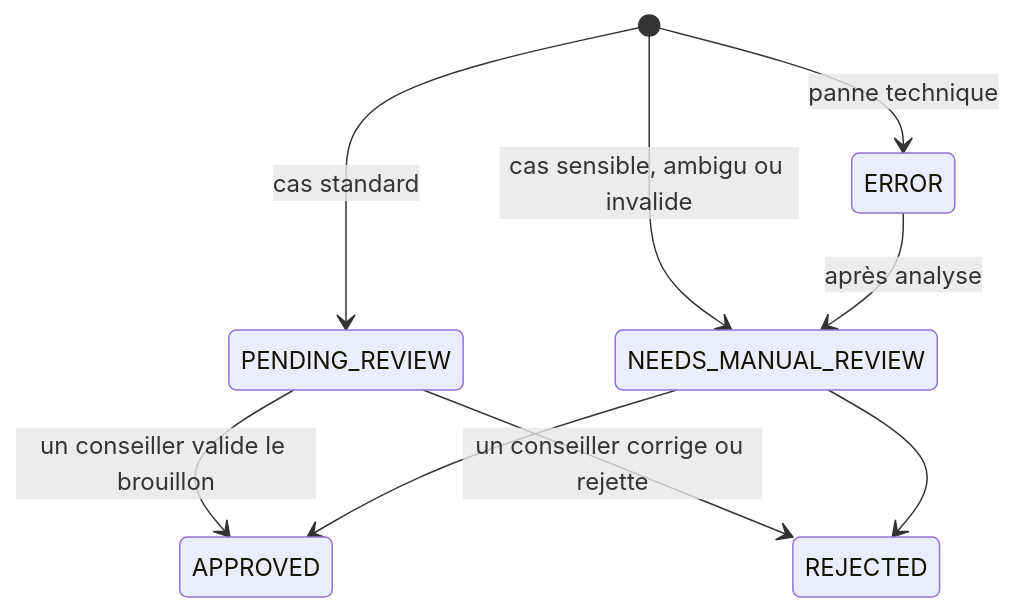
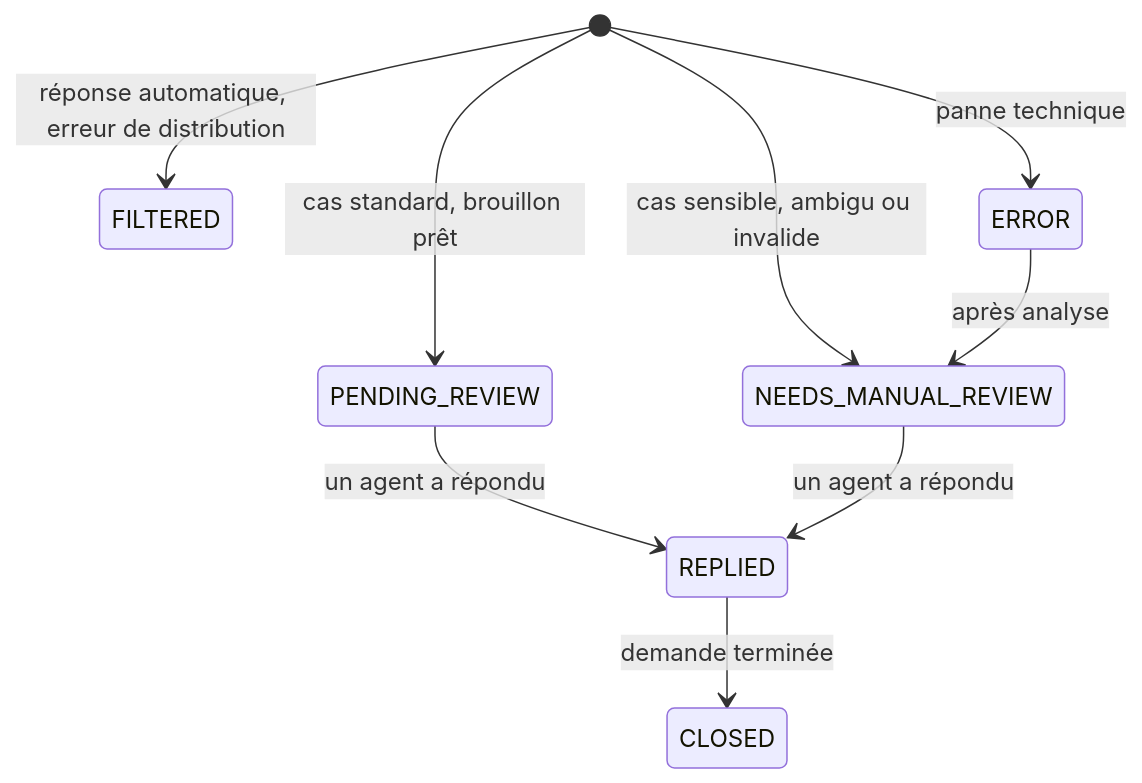
One commit to ToandroMananjara/ai-business-automation-n8n changed the fourth of 8 diagrams in docs/cdc.md. Above: the diagram before and after it, drawn with Mermaid. The commit also changed other lines of this file and 5 other files, not shown here.

````diff
--- a/docs/cdc.md
+++ b/docs/cdc.md
@@ -253,11 +381,11 @@
 ```mermaid
 stateDiagram-v2
-    [*] --> PENDING_REVIEW : cas standard
+    [*] --> FILTERED : réponse automatique, erreur de distribution
+    [*] --> PENDING_REVIEW : cas standard, brouillon prêt
     [*] --> NEEDS_MANUAL_REVIEW : cas sensible, ambigu ou invalide
     [*] --> ERROR : panne technique
-    PENDING_REVIEW --> APPROVED : un conseiller valide le brouillon
-    PENDING_REVIEW --> REJECTED : un conseiller corrige ou rejette
-    NEEDS_MANUAL_REVIEW --> APPROVED
-    NEEDS_MANUAL_REVIEW --> REJECTED
     ERROR --> NEEDS_MANUAL_REVIEW : après analyse
+    PENDING_REVIEW --> REPLIED : un agent a répondu
+    NEEDS_MANUAL_REVIEW --> REPLIED : un agent a répondu
+    REPLIED --> CLOSED : demande terminée
 ```
````
